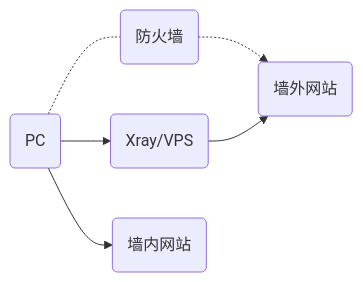
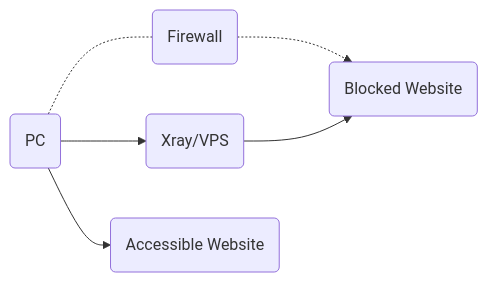
The first of 3 diagrams in content_en/documents/level-1/work.md (XTLS/XTLS.github.io), drawn with Mermaid before and after one commit. The commit also changed other lines of this file, not shown here.

```diff
--- a/content_en/documents/level-1/work.md
+++ b/content_en/documents/level-1/work.md
@@ -14,8 +14,8 @@
 {{<mermaid align="left">}}
 graph LR;
-A(PC) -.- B(防火墙);
-B -.-> C(墙外网站);
+A(PC) -.- B(Firewall);
+B -.-> C(Blocked Website);
 A --> D(Xray/VPS);
 D --> C;
-A --> E(墙内网站);
+A --> E(Accessible Website);
 {{< /mermaid >}}
```
